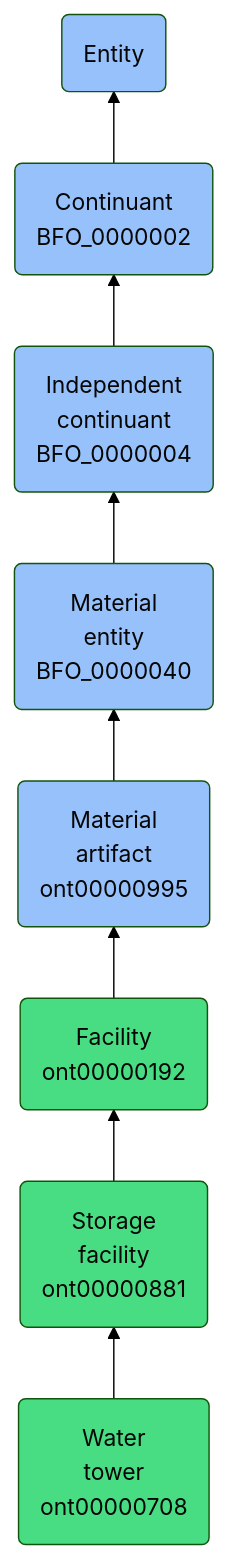
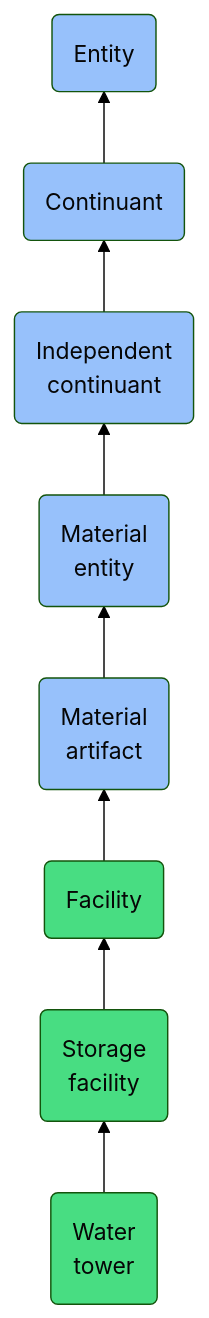
Before and after one commit to jupyter-naas/abi: the diagram in docs/ontology/reference/model/Entity/Continuant/Independent continuant/Material entity/Material artifact/Facility/Storage facility/Water tower/Water tower.md, drawn with Mermaid (forest theme). The commit also changed other lines of this file and 1430 other files, not shown here.

````diff
--- a/docs/ontology/reference/model/Entity/Continuant/Independent continuant/Material entity/Material artifact/Facility/Storage facility/Water tower/Water tower.md
+++ b/docs/ontology/reference/model/Entity/Continuant/Independent continuant/Material entity/Material artifact/Facility/Storage facility/Water tower/Water tower.md
@@ -24,15 +24,15 @@
 ```mermaid
 graph BT
-    ont00000708(Water<br>tower<br>ont00000708):::ABI-->ont00000881
-    ont00000881(Storage<br>facility<br>ont00000881):::ABI-->ont00000192
-    ont00000192(Facility<br>ont00000192):::ABI-->ont00000995
-    ont00000995(Material<br>artifact<br>ont00000995):::BFO-->BFO_0000040
-    BFO_0000040(Material<br>entity<br>BFO_0000040):::BFO-->BFO_0000004
-    BFO_0000004(Independent<br>continuant<br>BFO_0000004):::BFO-->BFO_0000002
-    BFO_0000002(Continuant<br>BFO_0000002):::BFO-->BFO_0000001
+    ont00000708(Water<br>tower):::ABI-->ont00000881
+    ont00000881(Storage<br>facility):::ABI-->ont00000192
+    ont00000192(Facility):::ABI-->ont00000995
+    ont00000995(Material<br>artifact):::BFO-->BFO_0000040
+    BFO_0000040(Material<br>entity):::BFO-->BFO_0000004
+    BFO_0000004(Independent<br>continuant):::BFO-->BFO_0000002
+    BFO_0000002(Continuant):::BFO-->BFO_0000001
     BFO_0000001(Entity):::BFO
     
     classDef BFO fill:#97c1fb,color:#060606
     classDef CCO fill:#e4c51e,color:#060606
     classDef ABI fill:#48DD82,color:#060606
 ```
````
